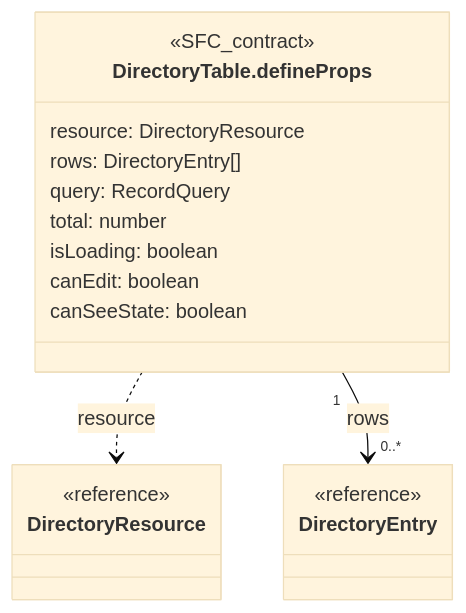
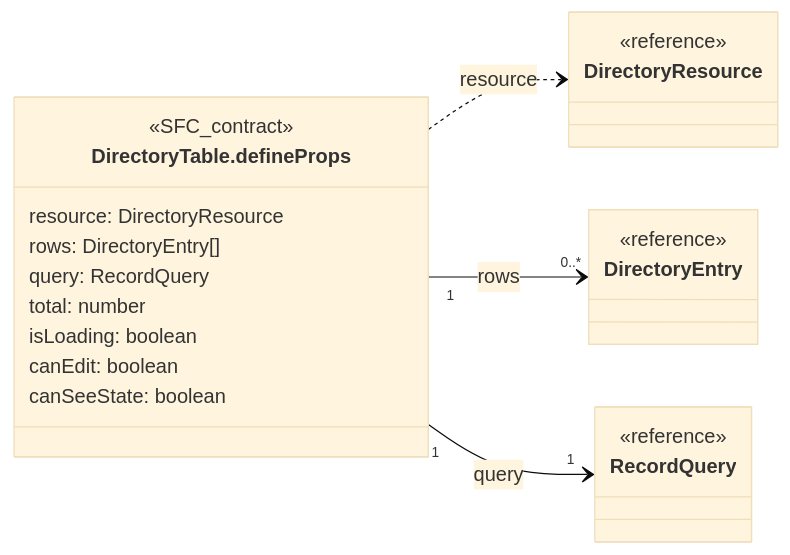
The third of 24 diagrams in front/docs/architecture/views/logical/type-reference/directory.md (gpgsistemas01/nexus), drawn with Mermaid (base theme) before and after one commit. The commit also changed other lines of this file and 37 other files, not shown here.

Commit message:
docs: depurar diagramas y conservar contratos propios del frontend

````diff
--- a/front/docs/architecture/views/logical/type-reference/directory.md
+++ b/front/docs/architecture/views/logical/type-reference/directory.md
@@ -151,22 +117,26 @@
 ```mermaid
 classDiagram
-    direction TB
+    direction LR
     class Subject["DirectoryTable.defineProps"] {
         <<SFC_contract>>
         resource: DirectoryResource
         rows: DirectoryEntry[]
         query: RecordQuery
         total: number
         isLoading: boolean
         canEdit: boolean
         canSeeState: boolean
     }
     class R0["DirectoryResource"] {
         <<reference>>
     }
     class R1["DirectoryEntry"] {
         <<reference>>
     }
+    class R2["RecordQuery"] {
+        <<reference>>
+    }
     Subject ..> R0 : resource
     Subject "1" --> "0..*" R1 : rows
+    Subject "1" --> "1" R2 : query
 ```
````
